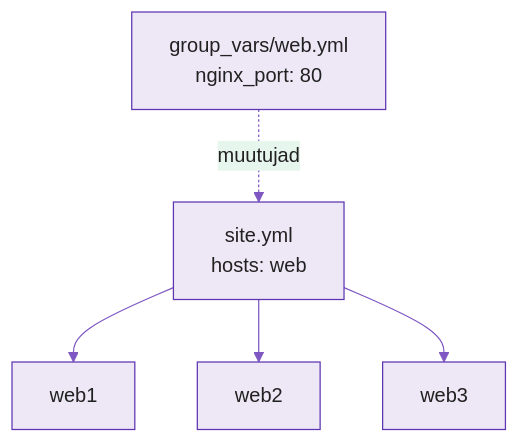
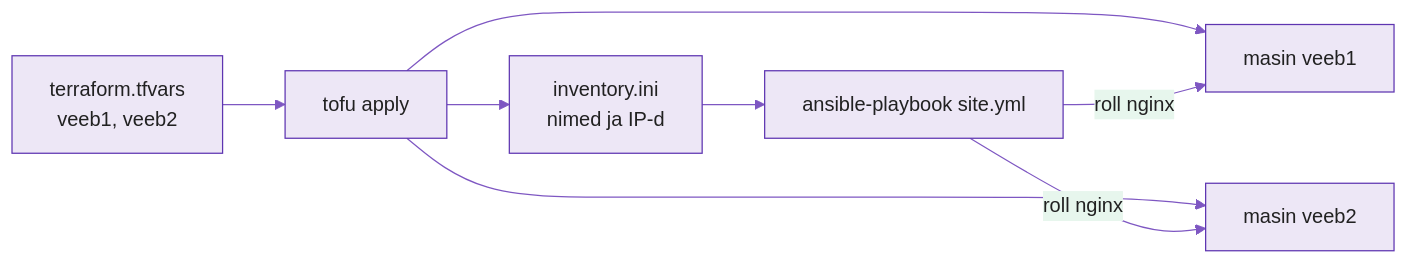
Before and after one commit to hkhk-automation/devops: the diagram in docs/week12/lecture.md, drawn with Mermaid. The commit also changed other lines of this file and 4 other files, not shown here.

Commit message:
N12: OpenTofu loob for_each'iga kaks masinat ja kirjutab inventory, N11 nginx'i roll seadistab need; kolmas masin lisandub ühe reaga muutujate failis. Terragrunt ja group_vars on lehelt välja võetud

````diff
--- a/docs/week12/lecture.md
+++ b/docs/week12/lecture.md
@@ -49,8 +38,11 @@
 ```mermaid
 %%{init: {'theme':'base','themeVariables':{'primaryColor':'#ede7f6','primaryBorderColor':'#5e35b1','primaryTextColor':'#212121','lineColor':'#7e57c2'}}}%%
-graph TD
-    P[site.yml<br/>hosts: web] --> W1[web1]
-    P --> W2[web2]
-    P --> W3[web3]
-    G[group_vars/web.yml<br/>nginx_port: 80] -.muutujad.-> P
+graph LR
+    V[terraform.tfvars<br/>veeb1, veeb2] --> T[tofu apply]
+    T --> M1[masin veeb1]
+    T --> M2[masin veeb2]
+    T --> I[inventory.ini<br/>nimed ja IP-d]
+    I --> A[ansible-playbook site.yml]
+    A -->|roll nginx| M1
+    A -->|roll nginx| M2
 ```
````
